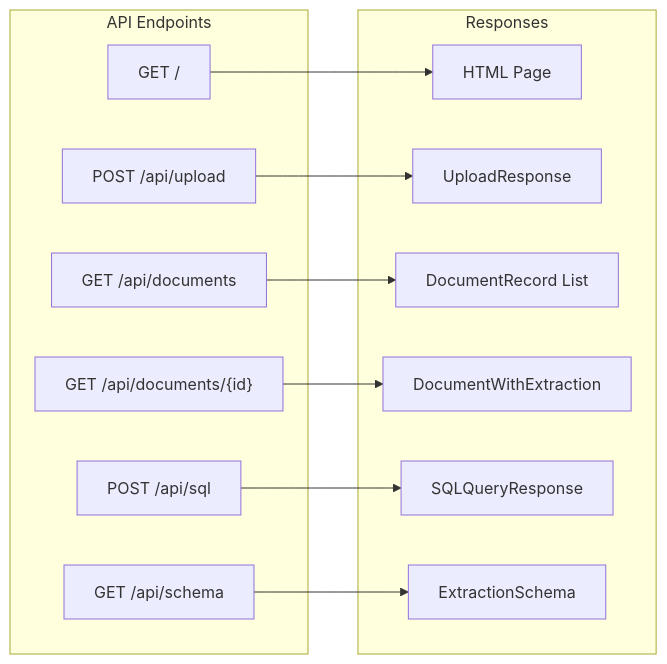
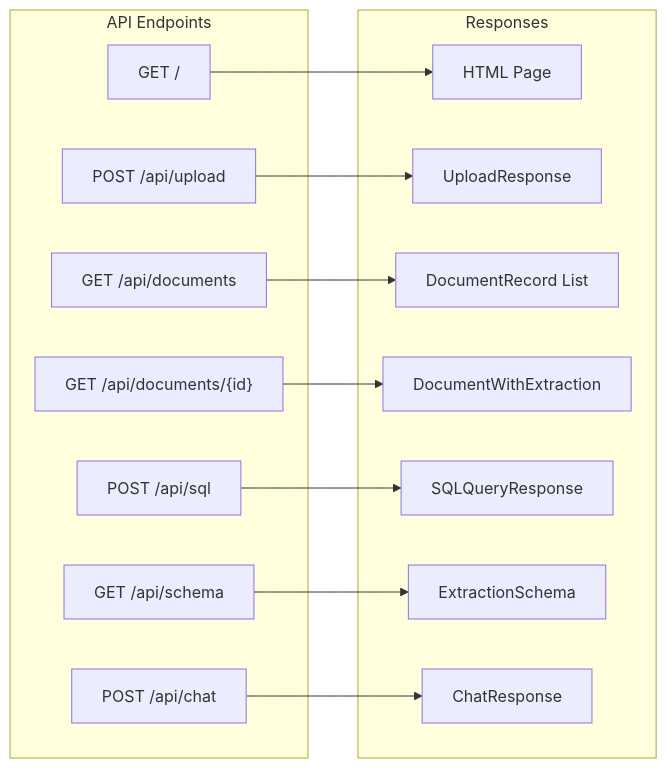
The seventh of 13 diagrams in README.md (gustavorubim/document-entity-extractor), drawn with Mermaid before and after one commit. The commit also changed other lines of this file and 4 other files, not shown here.

````diff
--- a/README.md
+++ b/README.md
@@ -417,27 +524,30 @@
 ```mermaid
 flowchart LR
     subgraph Endpoints["API Endpoints"]
         E1["GET /"]
         E2["POST /api/upload"]
         E3["GET /api/documents"]
         E4["GET /api/documents/{id}"]
         E5["POST /api/sql"]
         E6["GET /api/schema"]
+        E7["POST /api/chat"]
     end
 
     subgraph Responses["Responses"]
         R1[HTML Page]
         R2[UploadResponse]
         R3[DocumentRecord List]
         R4[DocumentWithExtraction]
         R5[SQLQueryResponse]
         R6[ExtractionSchema]
+        R7[ChatResponse]
     end
 
     E1 --> R1
     E2 --> R2
     E3 --> R3
     E4 --> R4
     E5 --> R5
     E6 --> R6
+    E7 --> R7
 ```
````
